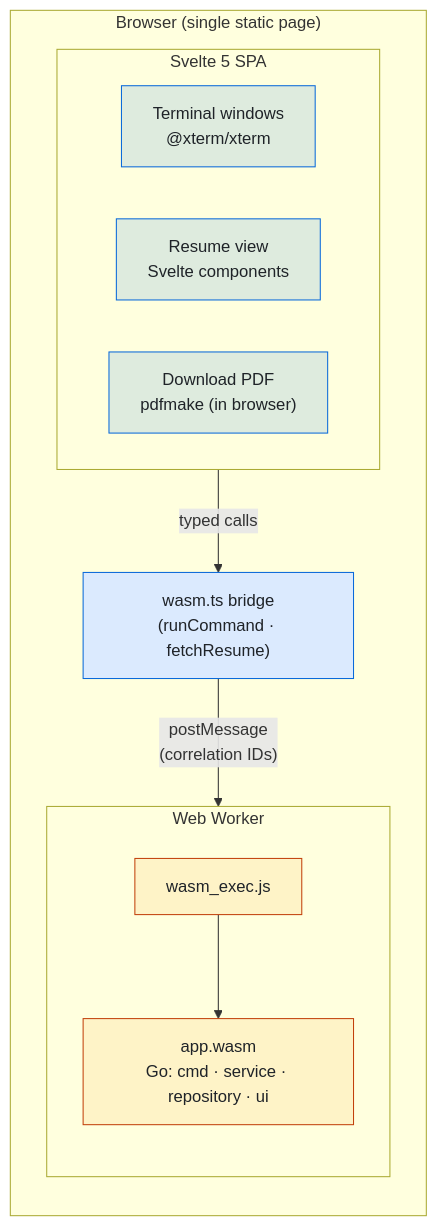
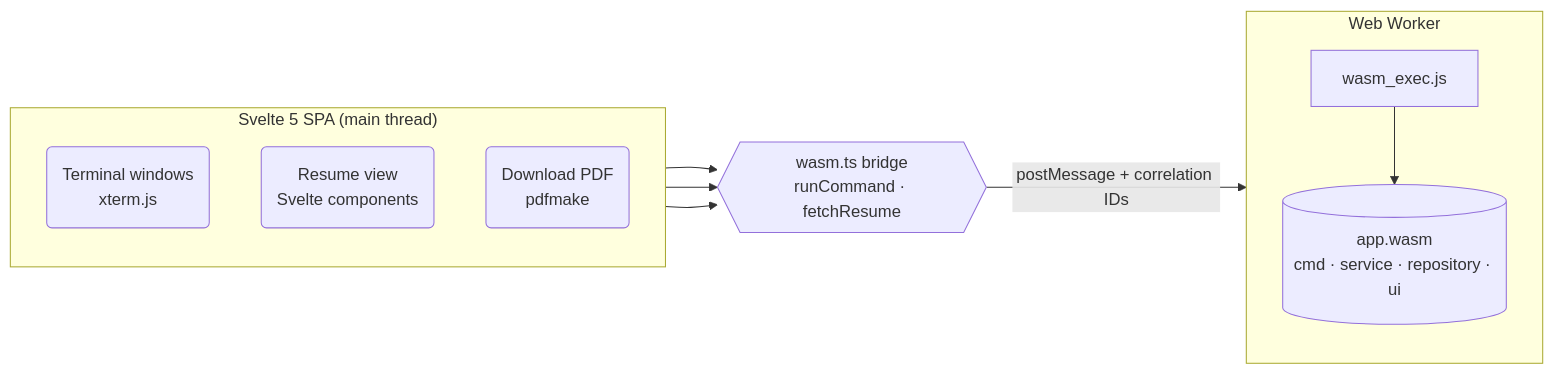
The diagram in README.md (TrianaLab/awasm-portfolio), drawn with Mermaid before and after one commit.

Commit message:
docs: replace mermaid with a cleaner LR flow (no classDef, no stray nodes)

````diff
--- a/README.md
+++ b/README.md
@@ -16,28 +16,23 @@
 ```mermaid
-flowchart TB
-    subgraph Browser["Browser (single static page)"]
+flowchart LR
+    subgraph SPA["Svelte 5 SPA (main thread)"]
         direction TB
-        subgraph UI["Svelte 5 SPA"]
-            direction LR
-            Term["Terminal windows<br/>@xterm/xterm"]
-            Resume["Resume view<br/>Svelte components"]
-            PDF["Download PDF<br/>pdfmake (in browser)"]
-        end
-        Bridge["wasm.ts bridge<br/>(runCommand · fetchResume)"]
-        subgraph Worker["Web Worker"]
-            direction TB
-            Exec["wasm_exec.js"]
-            Wasm["app.wasm<br/>Go: cmd · service · repository · ui"]
-            Exec --> Wasm
-        end
-        UI -- "typed calls" --> Bridge
-        Bridge -- "postMessage<br/>(correlation IDs)" --> Worker
+        Term("Terminal windows<br>xterm.js")
+        Resume("Resume view<br>Svelte components")
+        PDF("Download PDF<br>pdfmake")
     end
 
-    classDef ui fill:#0969da22,stroke:#0969da,color:#1f2328;
-    classDef bridge fill:#dbeafe,stroke:#0969da,color:#1f2328;
-    classDef wasm fill:#fef3c7,stroke:#c2410c,color:#1f2328;
-    class Term,Resume,PDF ui;
-    class Bridge bridge;
-    class Exec,Wasm wasm;
+    Bridge{{"wasm.ts bridge<br>runCommand · fetchResume"}}
+
+    subgraph Worker["Web Worker"]
+        direction TB
+        Exec["wasm_exec.js"]
+        Wasm[("app.wasm<br>cmd · service · repository · ui")]
+        Exec --> Wasm
+    end
+
+    Term --> Bridge
+    Resume --> Bridge
+    PDF --> Bridge
+    Bridge -- "postMessage + correlation IDs" --> Worker
 ```
````
